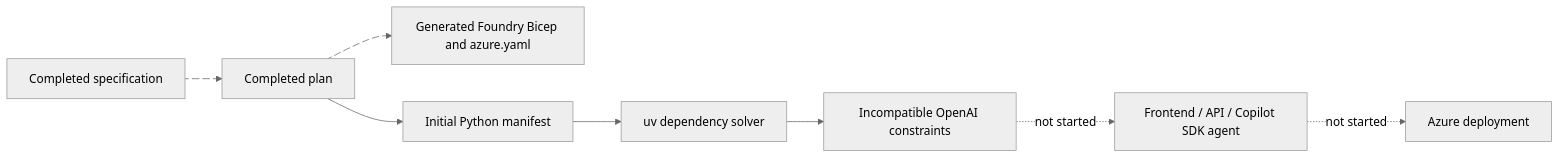
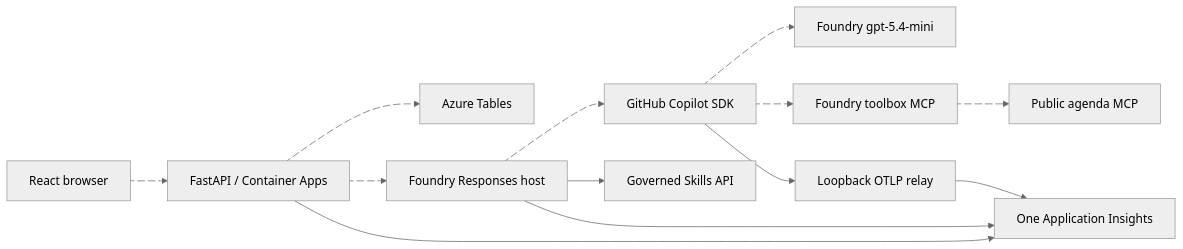
One commit to dbroeglin/cloud-and-ai-day-geneva-demo changed the diagram in docs/implementation.md. Above: the diagram before and after it, drawn with Mermaid (neutral theme). The commit also changed other lines of this file and 46 other files, not shown here.

````diff
--- a/docs/implementation.md
+++ b/docs/implementation.md
@@ -46,12 +20,22 @@
 ```mermaid
 flowchart LR
-    Spec[Completed specification] e1@--> Plan[Completed plan]
-    Plan e2@--> Scaffold[Generated Foundry Bicep and azure.yaml]
-    Plan --> Manifest[Initial Python manifest]
-    Manifest --> Solver[uv dependency solver]
-    Solver --> Blocked[Incompatible OpenAI constraints]
-    Blocked -. not started .-> App[Frontend / API / Copilot SDK agent]
-    App -. not started .-> Azure[Azure deployment]
+    Browser[React browser] e1@--> API[FastAPI / Container Apps]
+    API e2@--> Data[Azure Tables]
+    API e3@--> Host[Foundry Responses host]
+    Host e4@--> SDK[GitHub Copilot SDK]
+    SDK e5@--> Model[Foundry gpt-5.4-mini]
+    Host --> Skills[Governed Skills API]
+    SDK e6@--> Toolbox[Foundry toolbox MCP]
+    Toolbox e7@--> Agenda[Public agenda MCP]
+    API --> Insights[One Application Insights]
+    Host --> Insights
+    SDK --> Relay[Loopback OTLP relay]
+    Relay --> Insights
     e1@{ animate: true }
     e2@{ animate: true }
+    e3@{ animate: true }
+    e4@{ animate: true }
+    e5@{ animate: true }
+    e6@{ animate: true }
+    e7@{ animate: true }
 ```
````
